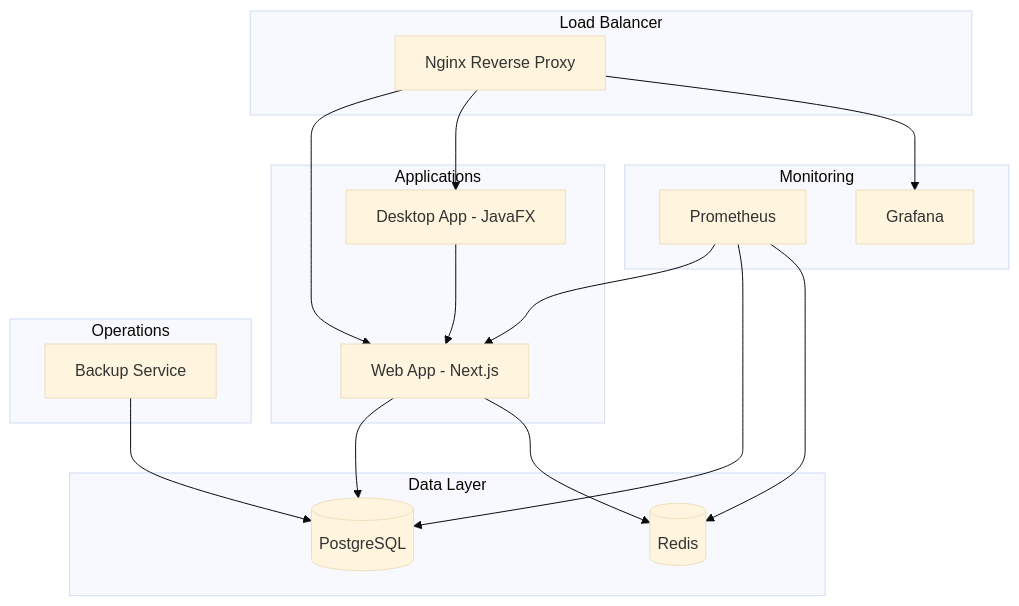
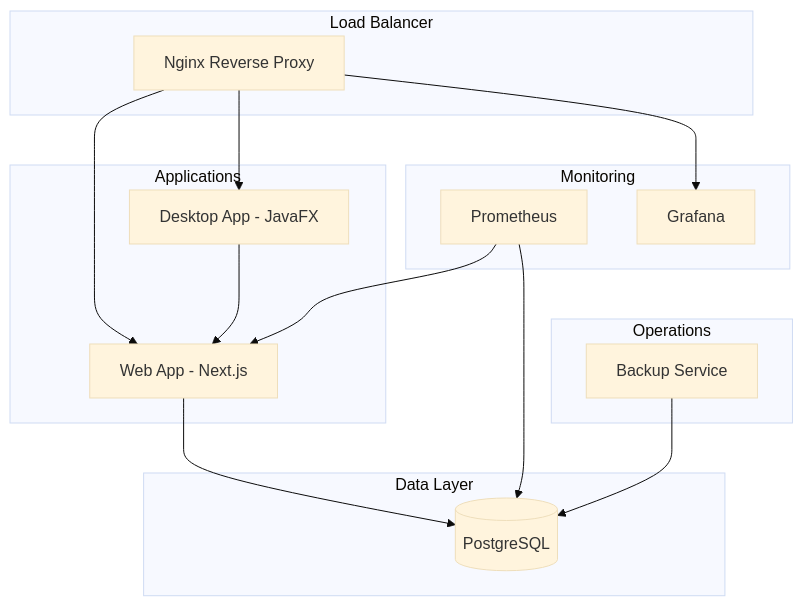
The diagram in docs/DOCKER.md (TheRebzu/ecodeli), drawn with Mermaid (base theme) before and after one commit. The commit also changed other lines of this file and 49 other files, not shown here.

````diff
--- a/docs/DOCKER.md
+++ b/docs/DOCKER.md
@@ -7,36 +7,35 @@
 ```mermaid
 graph TB
     subgraph "Load Balancer"
         LB[Nginx Reverse Proxy]
     end
     
     subgraph "Applications"
         WEB[Web App - Next.js]
         DESKTOP[Desktop App - JavaFX]
     end
     
     subgraph "Data Layer"
         DB[(PostgreSQL)]
-        CACHE[(Redis)]
     end
     
     subgraph "Monitoring"
         PROM[Prometheus]
         GRAF[Grafana]
     end
     
     subgraph "Operations"
         BACKUP[Backup Service]
     end
     
     LB --> WEB
     LB --> DESKTOP
     LB --> GRAF
     WEB --> DB
-    WEB --> CACHE
+
     DESKTOP --> WEB
     PROM --> WEB
     PROM --> DB
-    PROM --> CACHE
+
     BACKUP --> DB
 ```
````
